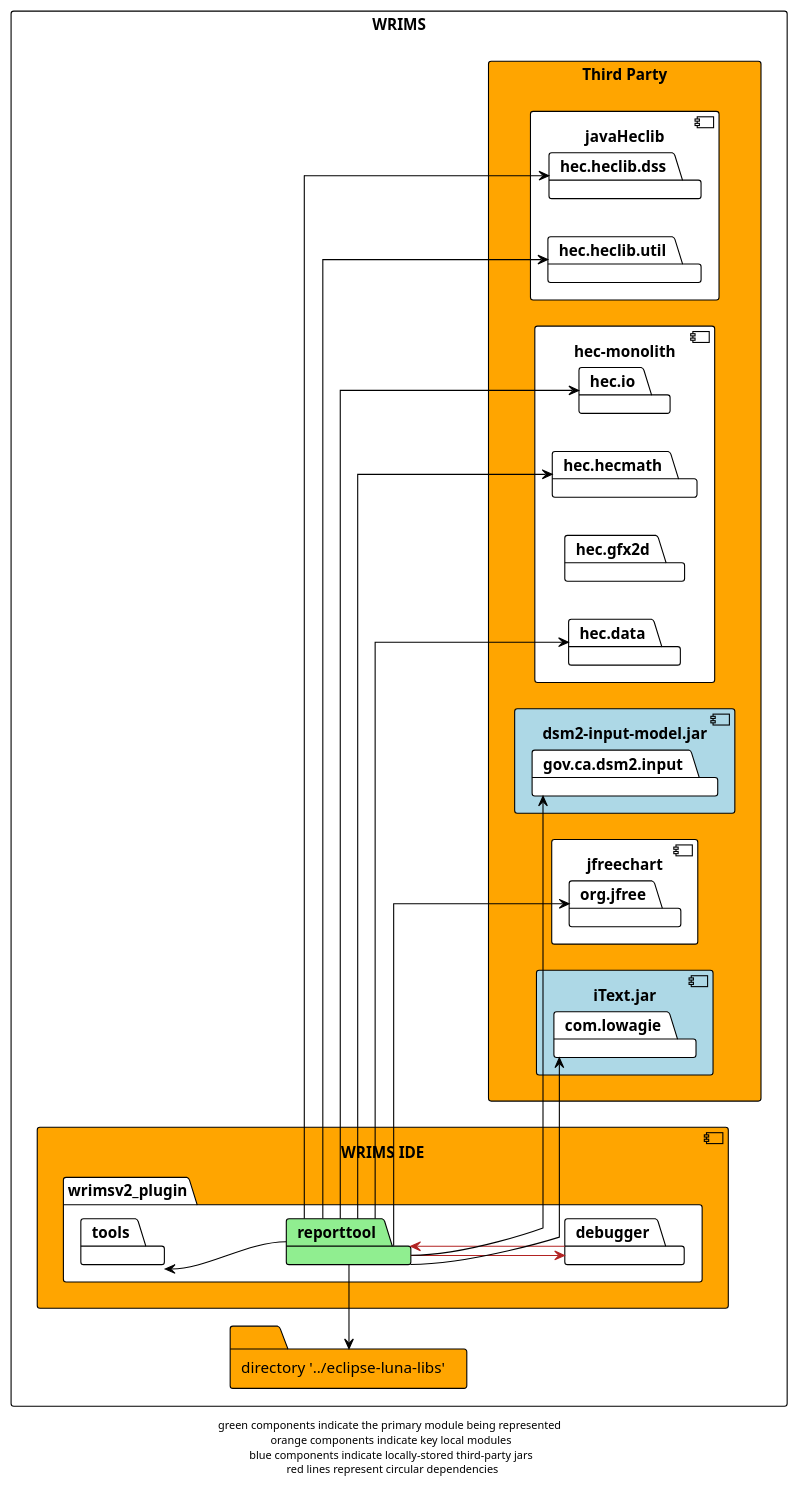
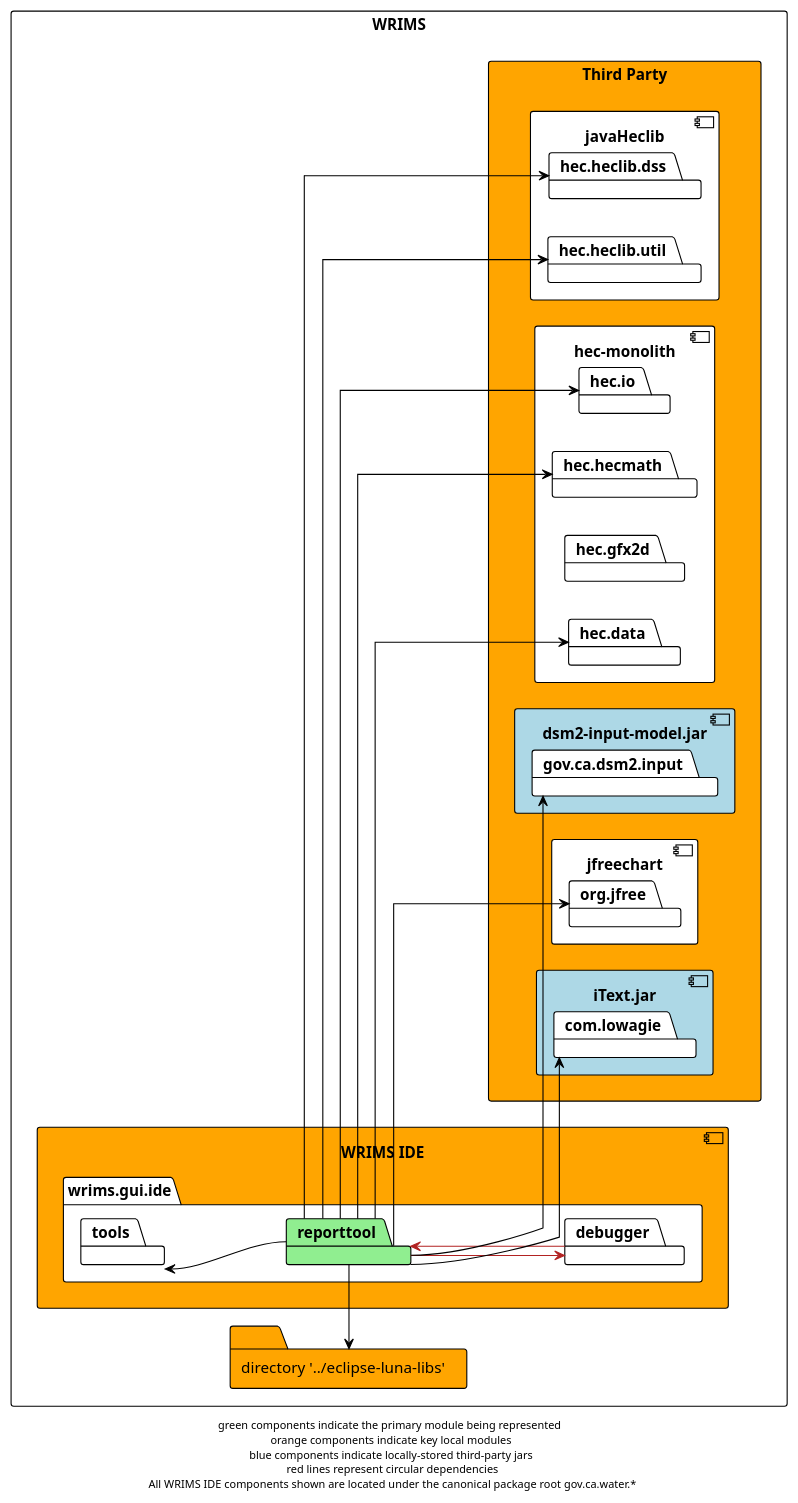
The diagram in docs/diagrams/wrims-modules/wrims-ide/wrims-ide_reporttool.plantuml (CentralValleyModeling/wrims-gui), drawn with PlantUML before and after one commit. The commit also changed 779 other files, not shown here.

```diff
--- a/docs/diagrams/wrims-modules/wrims-ide/wrims-ide_reporttool.plantuml
+++ b/docs/diagrams/wrims-modules/wrims-ide/wrims-ide_reporttool.plantuml
@@ -1,56 +1,56 @@
 @startuml
 
 !theme plain
 left to right direction
 skinparam linetype ortho
 
 rectangle WRIMS {
     component wrims-ide as "WRIMS IDE" #orange {
-        package wrimsv2_plugin {
+        package wrims.gui.ide {
             package reporttool #lightgreen
             package tools
             package debugger
         }
     }
 
     rectangle third-party as "Third Party" #orange {
         component javaHeclib {
             package hec.heclib.dss
             package hec.heclib.util
         }
         component hec.monolith as "hec-monolith" {
             package hec.io
             package hec.hecmath
             package hec.gfx2d
             package hec.data
         }
         component dsm2 as "dsm2-input-model.jar" #lightblue {
             package gov.ca.dsm2.input
         }
         component jfreechart {
             package org.jfree
         }
         component iText.jar #lightblue {
             package com.lowagie
         }
     }
 
     folder luna_libs as "directory '../eclipse-luna-libs'" #orange
 }
 
 reporttool -> luna_libs
 reporttool --> hec.data
 reporttool --> hec.heclib.dss
 reporttool --> hec.heclib.util
 reporttool --> hec.io
 reporttool --> hec.hecmath
 reporttool --> debugger #firebrick
 reporttool -up-> tools
 reporttool --> gov.ca.dsm2.input
 reporttool --> org.jfree
 reporttool --> com.lowagie
 
 debugger -> reporttool #firebrick
 
-footer "green components indicate the primary module being represented \n orange components indicate key local modules \n blue components indicate locally-stored third-party jars \n red lines represent circular dependencies"
+footer "green components indicate the primary module being represented \n orange components indicate key local modules \n blue components indicate locally-stored third-party jars \n red lines represent circular dependencies\n All WRIMS IDE components shown are located under the canonical package root gov.ca.water.*"
 @enduml
```
